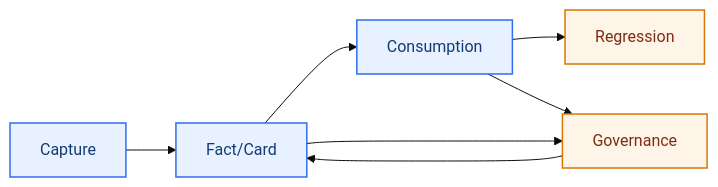
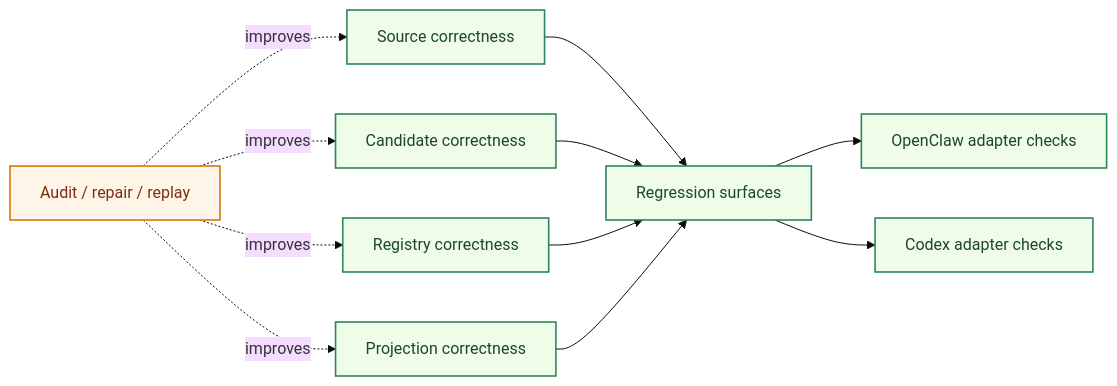
Diagram 12 of 12 in system-architecture.md (redcreen/memory-context-claw), drawn with Mermaid (base theme) before and after one commit. The commit also changed other lines of this file and 5 other files, not shown here.

Commit message:
Refresh top-level architecture docs

````diff
--- a/system-architecture.md
+++ b/system-architecture.md
@@ -622,14 +600,19 @@
 ```mermaid
 flowchart LR
-    A["Capture"] --> B["Fact/Card"]
-    B --> C["Consumption"]
-    C --> D["Regression"]
-    B --> E["Governance"]
-    E --> B
-    C --> E
+    A["Source correctness"] --> E["Regression surfaces"]
+    B["Candidate correctness"] --> E
+    C["Registry correctness"] --> E
+    D["Projection correctness"] --> E
+    E --> F["OpenClaw adapter checks"]
+    E --> G["Codex adapter checks"]
 
-    classDef plugin fill:#e8f1ff,stroke:#2f6feb,color:#123a73,stroke-width:1.5px;
-    classDef ops fill:#fff4e8,stroke:#d97706,color:#7c2d12,stroke-width:1.5px;
-    class A,B,C plugin;
-    class D,E ops;
+    H["Audit / repair / replay"] -. improves .-> A
+    H -. improves .-> B
+    H -. improves .-> C
+    H -. improves .-> D
+
+    classDef core fill:#eefce8,stroke:#2f855a,color:#1c4532,stroke-width:1.6px;
+    classDef ops fill:#fff4e8,stroke:#d97706,color:#7c2d12,stroke-width:1.6px;
+    class A,B,C,D,E,F,G core;
+    class H ops;
 ```
````
